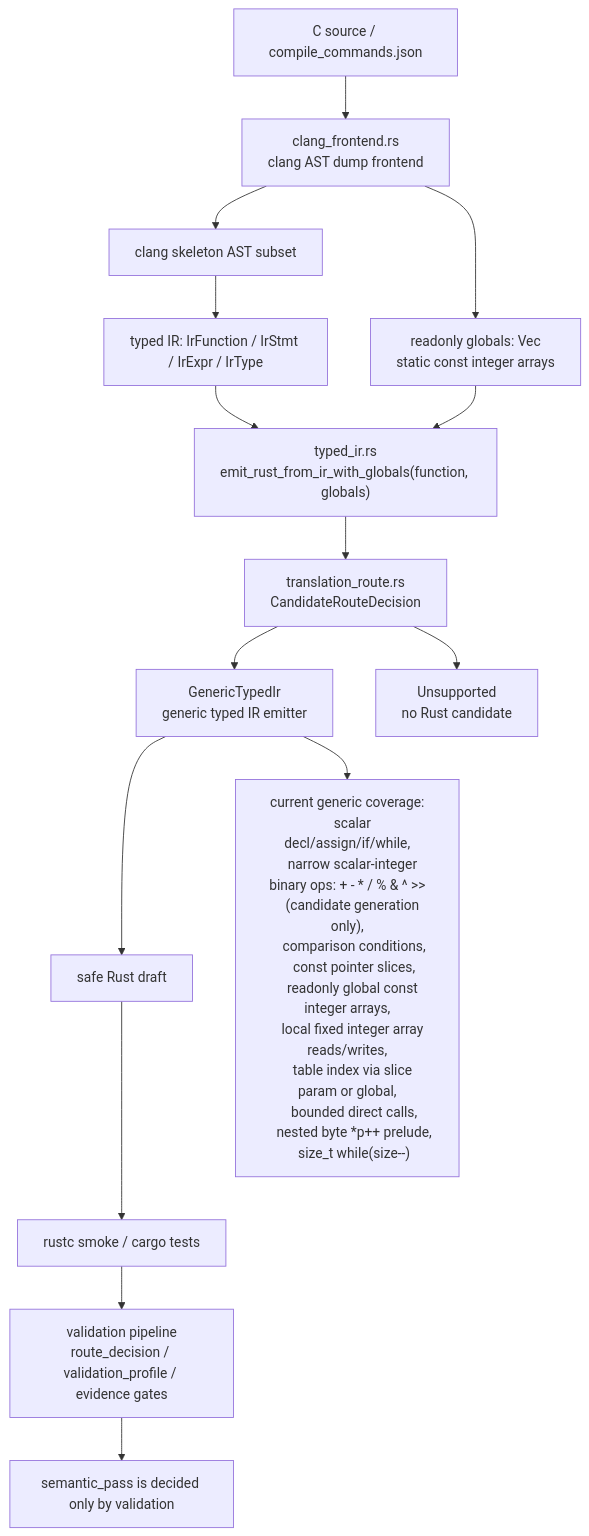
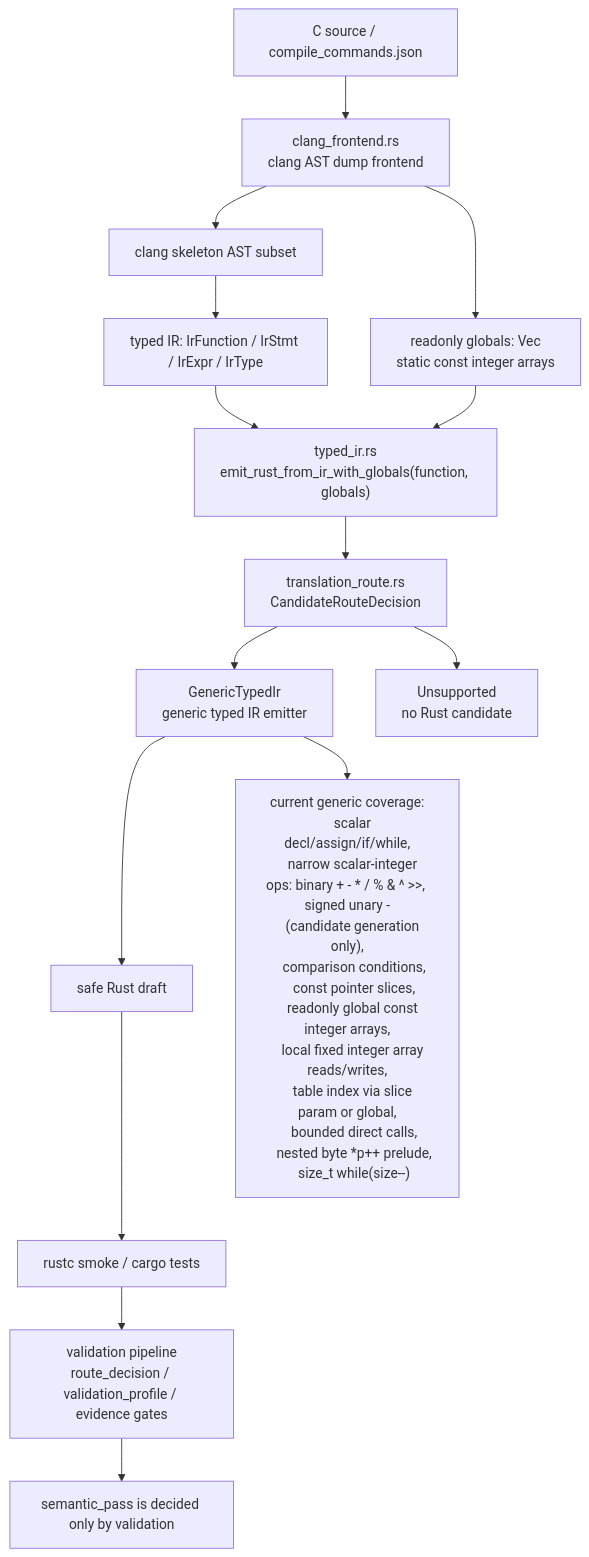
The diagram in docs/c2rust-migration-agent/core-translation-architecture.en.md (guoqihan342-svg/c-to-rust), drawn with Mermaid before and after one commit. The commit also changed other lines of this file and 10 other files, not shown here.

Commit message:
Support signed unary minus typed IR lowering

````diff
--- a/docs/c2rust-migration-agent/core-translation-architecture.en.md
+++ b/docs/c2rust-migration-agent/core-translation-architecture.en.md
@@ -7,29 +7,29 @@
 ```mermaid
 flowchart TD
     C["C source / compile_commands.json"] --> Clang["clang_frontend.rs<br/>clang AST dump frontend"]
     Clang --> Skeleton["clang skeleton AST subset"]
     Skeleton --> IR["typed IR: IrFunction / IrStmt / IrExpr / IrType"]
     Clang --> Globals["readonly globals: Vec<IrGlobal><br/>static const integer arrays"]
     IR --> EmitCtx["typed_ir.rs<br/>emit_rust_from_ir_with_globals(function, globals)"]
     Globals --> EmitCtx
     EmitCtx --> RouteMeta["translation_route.rs<br/>CandidateRouteDecision"]
     RouteMeta --> Generic["GenericTypedIr<br/>generic typed IR emitter"]
     RouteMeta --> Unsupported["Unsupported<br/>no Rust candidate"]
     Generic --> Rust["safe Rust draft"]
     Rust --> Rustc["rustc smoke / cargo tests"]
     Rustc --> Validation["validation pipeline<br/>route_decision / validation_profile / evidence gates"]
 
     Generic --> Supported["current generic coverage:
     scalar decl/assign/if/while,
-    narrow scalar-integer binary ops: + - * / % & ^ >>
+    narrow scalar-integer ops: binary + - * / % & ^ >>, signed unary -
     (candidate generation only),
     comparison conditions,
     const pointer slices,
     readonly global const integer arrays,
     local fixed integer array reads/writes,
     table index via slice param or global,
     bounded direct calls,
     nested byte *p++ prelude,
     size_t while(size--)"]
     Validation --> Semantic["semantic_pass is decided only by validation"]
 ```
````
